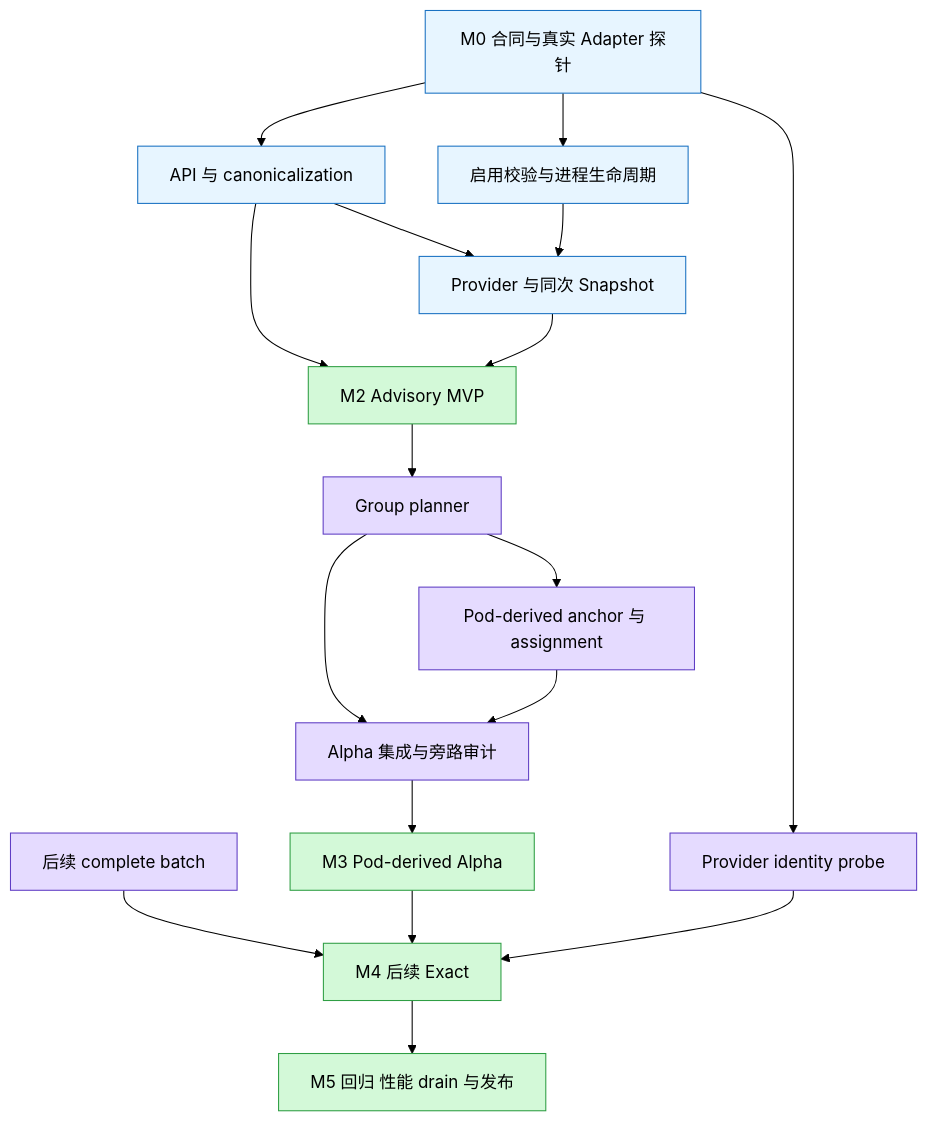
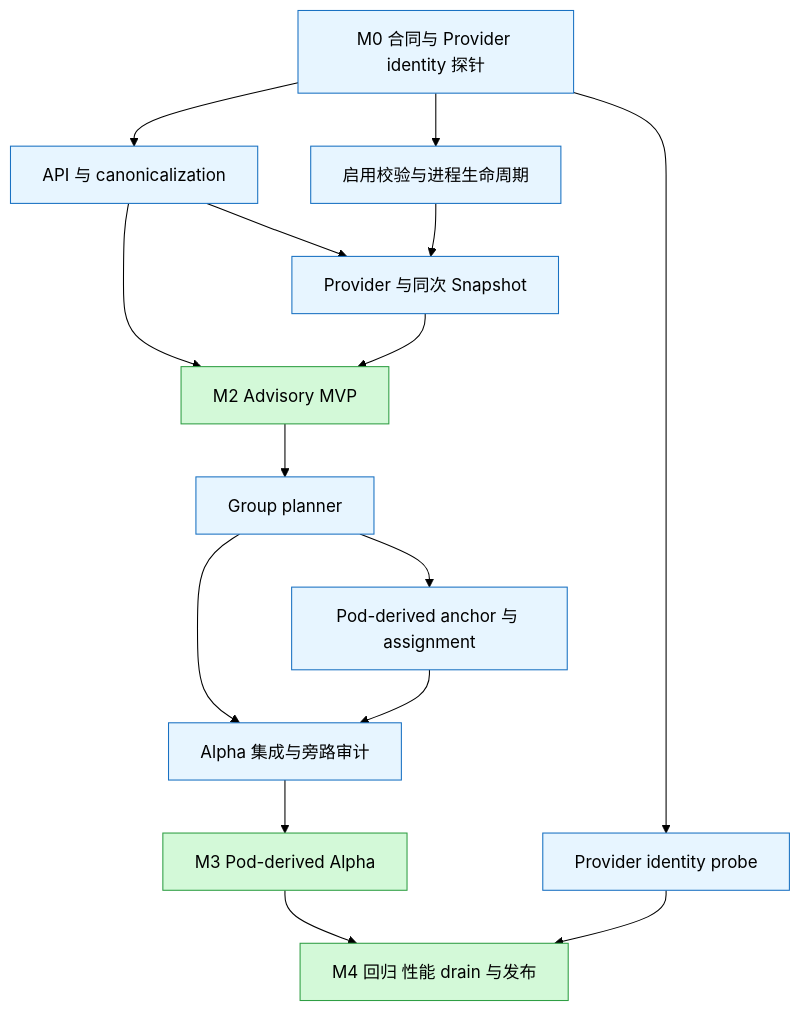
Before and after one commit to SiuMai99/volcano: the diagram in docs/design/xpu-topology-aware/100-generic-xpu-topology-aware-development-plan-zh-v4.md, drawn with Mermaid (forest theme). The commit also changed other lines of this file and 2 other files, not shown here.

Commit message:
xpu topology-aware scheduling design- v4  XPU-00 去除复杂的ExactCommitCoordinator、PreparedBindBatch、BatchBinder 草案

````diff
--- a/docs/design/xpu-topology-aware/100-generic-xpu-topology-aware-development-plan-zh-v4.md
+++ b/docs/design/xpu-topology-aware/100-generic-xpu-topology-aware-development-plan-zh-v4.md
@@ -111,38 +108,33 @@
 ```mermaid
 flowchart TB
-    C["M0 合同与真实 Adapter 探针"]
+    C["M0 合同与 Provider identity 探针"]
     A["API 与 canonicalization"]
     B["启用校验与进程生命周期"]
     D["Provider 与同次 Snapshot"]
     E["M2 Advisory MVP"]
     P["Group planner"]
     T["Pod-derived anchor 与 assignment"]
-    Q["后续 complete batch"]
     I["Alpha 集成与旁路审计"]
     R["Provider identity probe"]
     F["M3 Pod-derived Alpha"]
-    H["M4 后续 Exact"]
-    V["M5 回归 性能 drain 与发布"]
+    V["M4 回归 性能 drain 与发布"]
     C --> A
     C --> B
     C --> R
     A --> D
     B --> D
     A --> E
     D --> E
     E --> P
     P --> T
     P --> I
     T --> I
-    Q --> H
     I --> F
-    F --> H
-    R --> H
-    H --> V
+    F --> V
+    R --> V
     classDef base fill:#e7f5ff,stroke:#1971c2;
-    classDef exact fill:#e5dbff,stroke:#5f3dc4;
     classDef deliver fill:#d3f9d8,stroke:#2f9e44;
     class C,A,B,D base;
-    class P,T,Q,I,R exact;
-    class E,F,H,V deliver;
+    class P,T,I,R base;
+    class E,F,V deliver;
 ```
````
